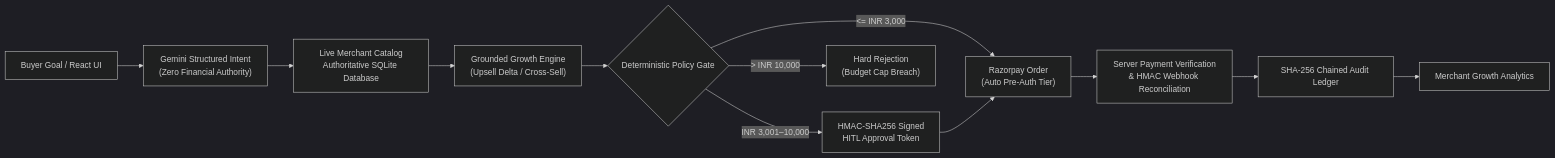
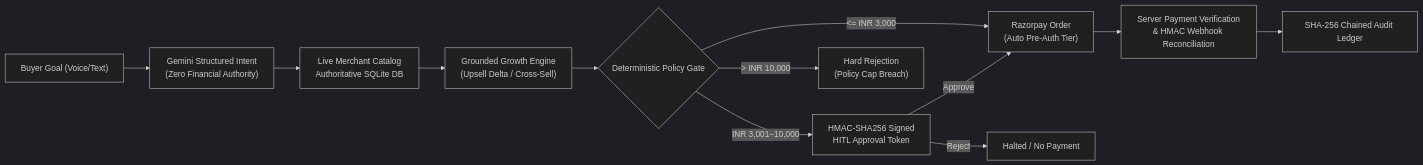
Before and after one commit to princeVerma73/agentcart-uap-razorpay: the diagram in README.md, drawn with Mermaid (dark theme). The commit also changed other lines of this file and 3 other files, not shown here.

````diff
--- a/README.md
+++ b/README.md
@@ -30,14 +35,14 @@
 ```mermaid
 flowchart LR
-    U["Buyer Goal / React UI"] --> I["Gemini Structured Intent<br/>(Zero Financial Authority)"]
-    I --> C["Live Merchant Catalog<br/>Authoritative SQLite Database"]
+    U["Buyer Goal (Voice/Text)"] --> I["Gemini Structured Intent<br/>(Zero Financial Authority)"]
+    I --> C["Live Merchant Catalog<br/>Authoritative SQLite DB"]
     C --> G["Grounded Growth Engine<br/>(Upsell Delta / Cross-Sell)"]
     G --> P{"Deterministic Policy Gate"}
     P -->|"<= INR 3,000"| O["Razorpay Order<br/>(Auto Pre-Auth Tier)"]
     P -->|"INR 3,001–10,000"| H["HMAC-SHA256 Signed<br/>HITL Approval Token"]
-    H --> O
-    P -->|"> INR 10,000"| R["Hard Rejection<br/>(Budget Cap Breach)"]
+    H -->|"Approve"| O
+    H -->|"Reject"| X["Halted / No Payment"]
+    P -->|"> INR 10,000"| R["Hard Rejection<br/>(Policy Cap Breach)"]
     O --> V["Server Payment Verification<br/>& HMAC Webhook Reconciliation"]
     V --> L["SHA-256 Chained Audit Ledger"]
-    L --> A["Merchant Growth Analytics"]
 ```
````
